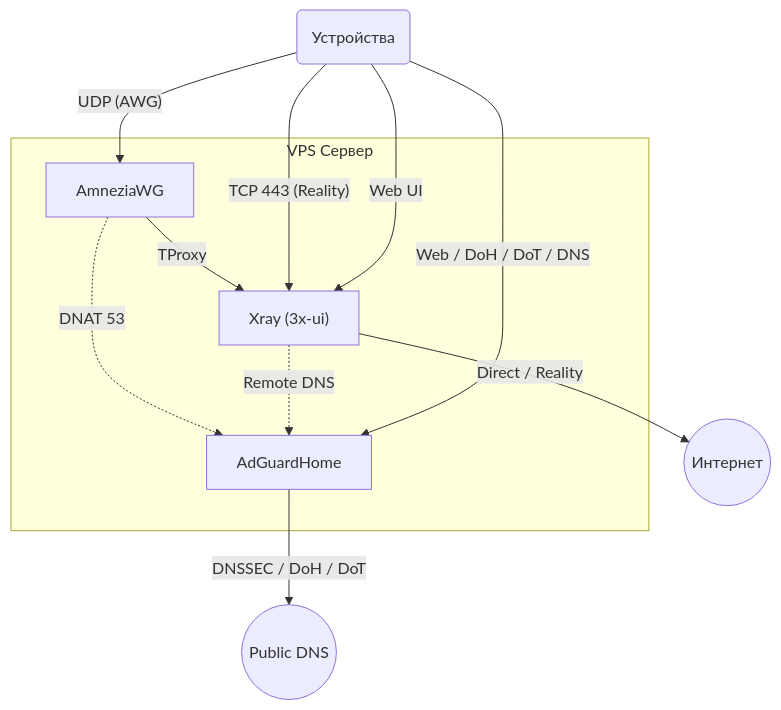
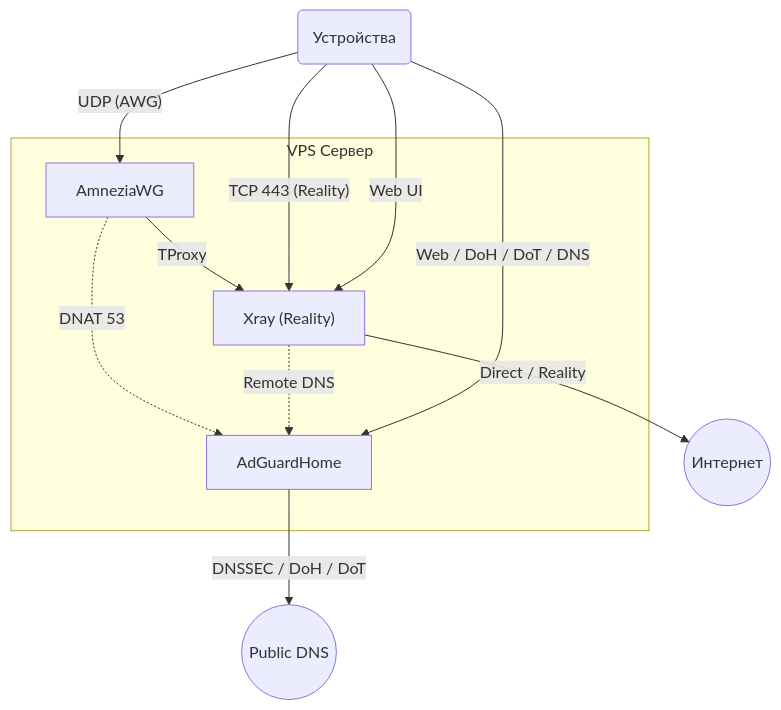
One commit to SpIvanM/3x-awg-adg-bundle changed the diagram in AGENTS.md. Above: the diagram before and after it, drawn with Mermaid. The commit also changed other lines of this file and 5 other files, not shown here.

Commit message:
refactor: remove legacy 3x-ui dependencies and update regression tests to enforce Xray Reality configuration standards

````diff
--- a/AGENTS.md
+++ b/AGENTS.md
@@ -37,22 +37,22 @@
 ```mermaid
 graph TD
     User("Устройства")
   
     subgraph VPS ["VPS Сервер"]
         AWG["AmneziaWG"]
-        XR["Xray (3x-ui)"]
+        XR["Xray (Reality)"]
         AGH["AdGuardHome"]
 
         AWG -->|"TProxy"| XR
         AWG -.->|"DNAT 53"| AGH
         XR -.->|"Remote DNS"| AGH
     end
 
     XR -->|"Direct / Reality"| Net(("Интернет"))
     AGH -->|"DNSSEC / DoH / DoT"| DNS(("Public DNS"))
 
     User -->|"UDP (AWG)"| AWG
     User -->|"TCP 443 (Reality)"| XR
     User -->|"Web / DoH / DoT / DNS"| AGH
     User -->|"Web UI"| XR
 ```
````
